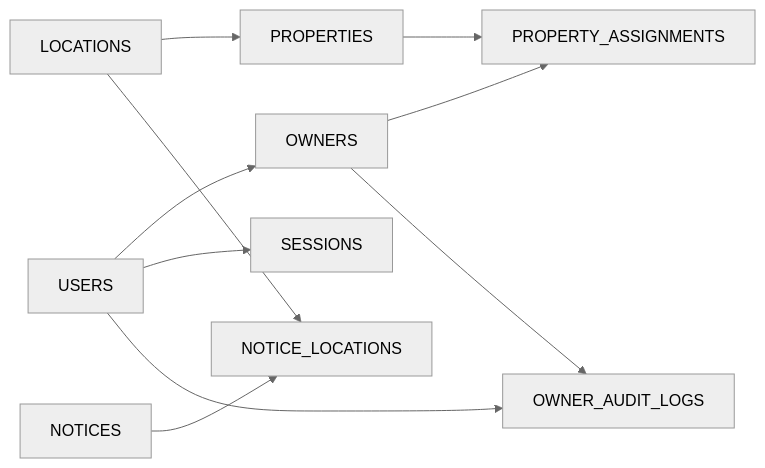
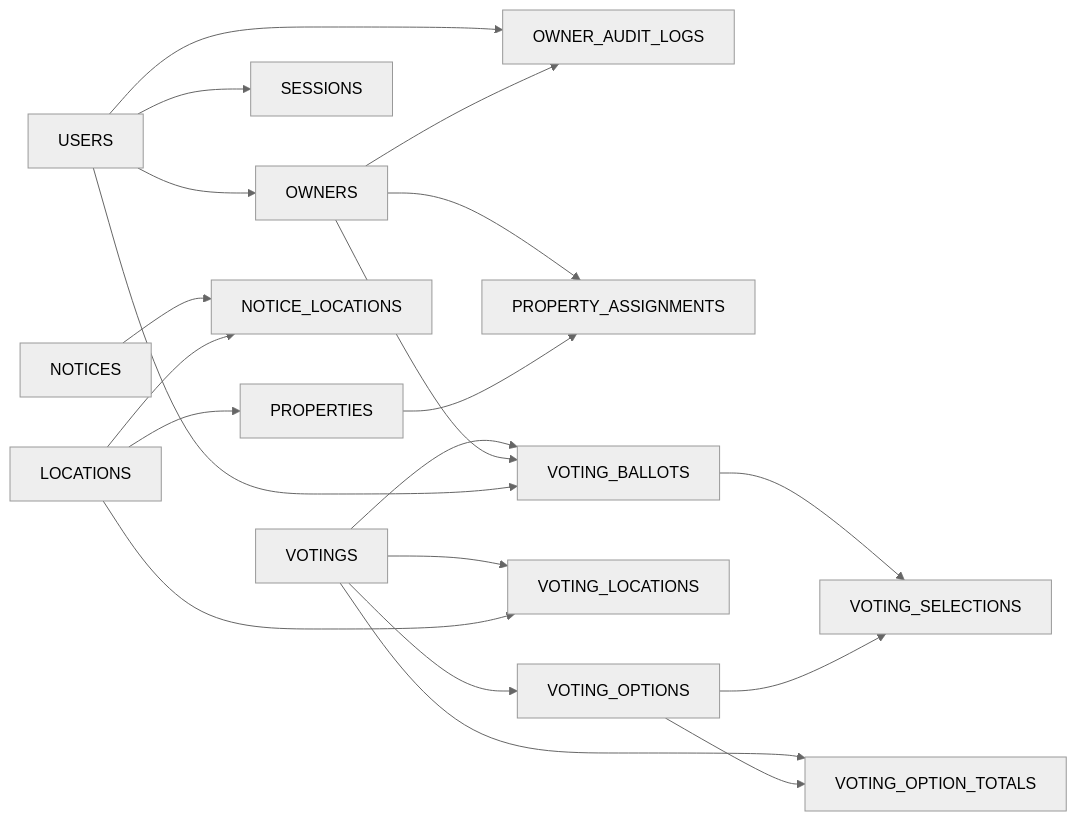
Before and after one commit to amaiagalvez/madaia33: the first of 4 diagrams in .github/skills/database-schema-mermaid/SKILL.md, drawn with Mermaid (neutral theme). The commit also changed other lines of this file and 43 other files, not shown here.

````diff
--- a/.github/skills/database-schema-mermaid/SKILL.md
+++ b/.github/skills/database-schema-mermaid/SKILL.md
@@ -34,12 +34,22 @@
 ```mermaid
 flowchart LR
     USERS --> OWNERS
     USERS --> SESSIONS
     USERS --> OWNER_AUDIT_LOGS
     OWNERS --> PROPERTY_ASSIGNMENTS
     OWNERS --> OWNER_AUDIT_LOGS
     LOCATIONS --> PROPERTIES
     PROPERTIES --> PROPERTY_ASSIGNMENTS
     NOTICES --> NOTICE_LOCATIONS
     LOCATIONS --> NOTICE_LOCATIONS
+    VOTINGS --> VOTING_OPTIONS
+    VOTINGS --> VOTING_LOCATIONS
+    LOCATIONS --> VOTING_LOCATIONS
+    VOTINGS --> VOTING_BALLOTS
+    OWNERS --> VOTING_BALLOTS
+    USERS --> VOTING_BALLOTS
+    VOTING_BALLOTS --> VOTING_SELECTIONS
+    VOTING_OPTIONS --> VOTING_SELECTIONS
+    VOTINGS --> VOTING_OPTION_TOTALS
+    VOTING_OPTIONS --> VOTING_OPTION_TOTALS
 ```
````
